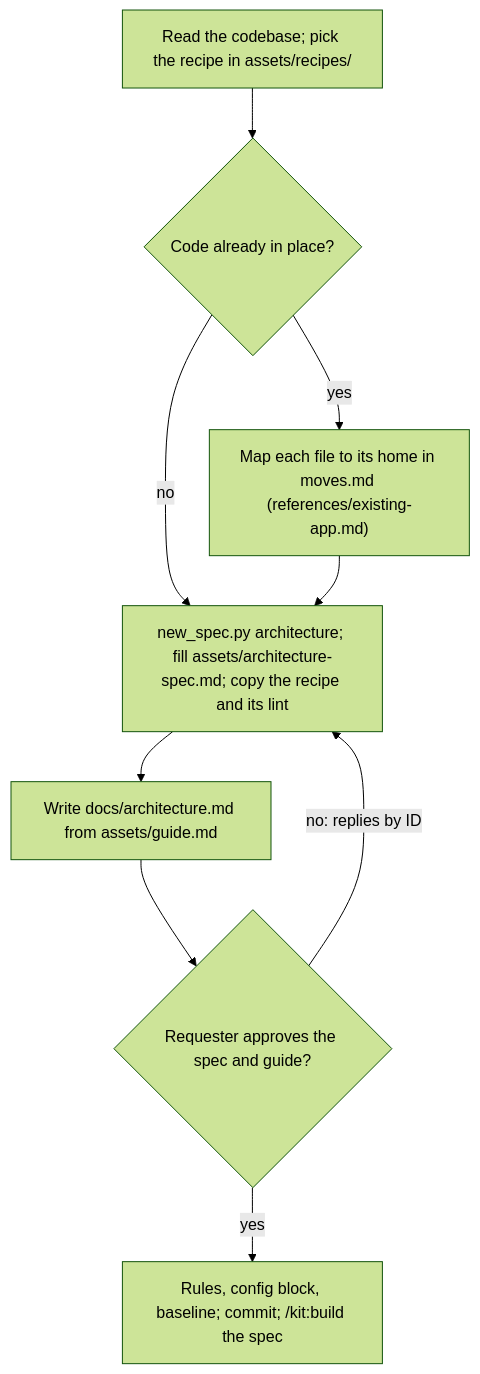
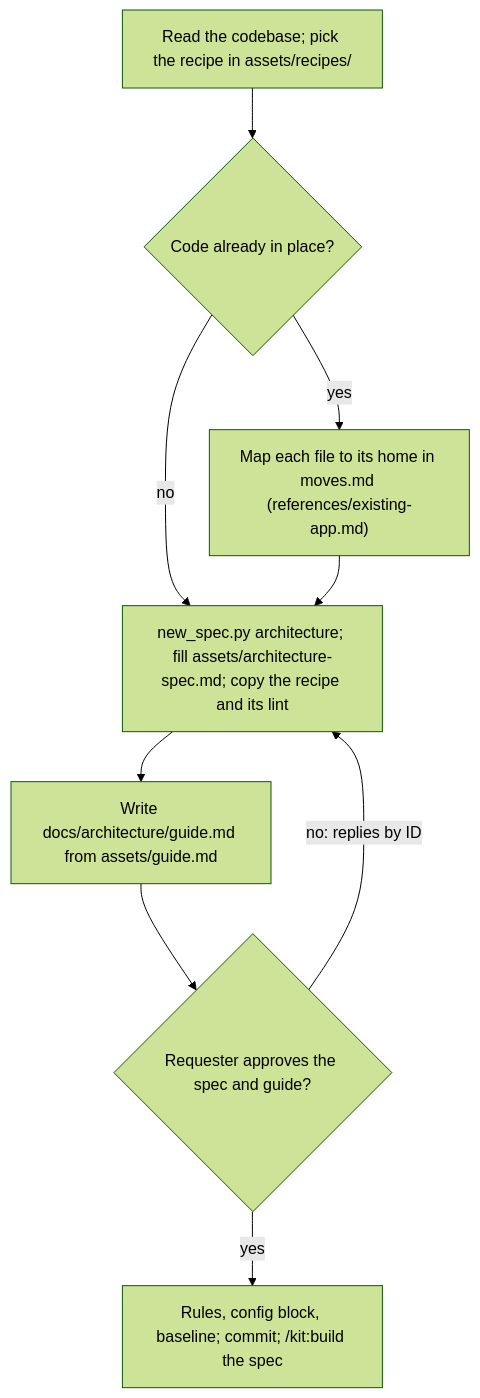
One commit to nateshernandez/skills changed the diagram in skills/define-architecture/SKILL.md. Above: the diagram before and after it, drawn with Mermaid (forest theme). The commit also changed other lines of this file and 18 other files, not shown here.

````diff
--- a/skills/define-architecture/SKILL.md
+++ b/skills/define-architecture/SKILL.md
@@ -27,11 +27,11 @@
 ```mermaid
 flowchart TD
   A["Read the codebase; pick the recipe in assets/recipes/"] --> B{"Code already in place?"}
   B -- yes --> C["Map each file to its home in moves.md (references/existing-app.md)"]
   B -- no --> D["new_spec.py architecture; fill assets/architecture-spec.md; copy the recipe and its lint"]
   C --> D
-  D --> E["Write docs/architecture.md from assets/guide.md"]
+  D --> E["Write docs/architecture/guide.md from assets/guide.md"]
   E --> F{"Requester approves the spec and guide?"}
   F -- "no: replies by ID" --> D
   F -- yes --> G["Rules, config block, baseline; commit; /kit:build the spec"]
 ```
````
